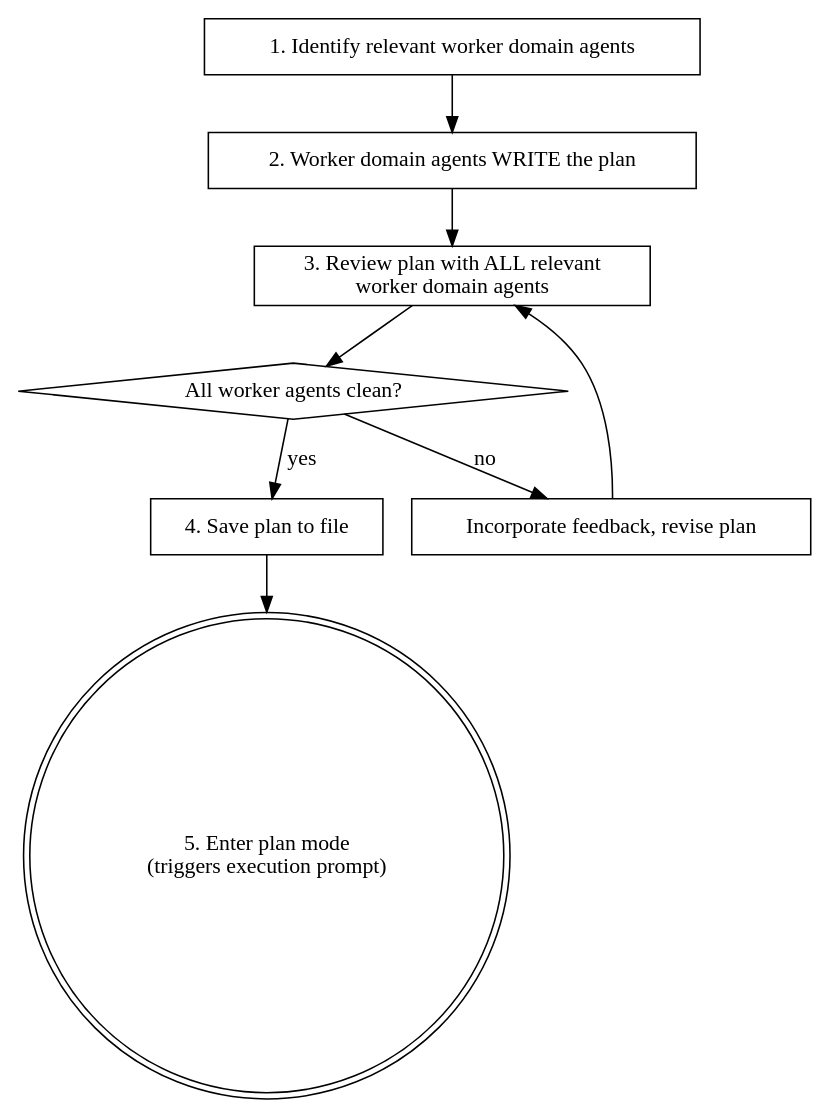
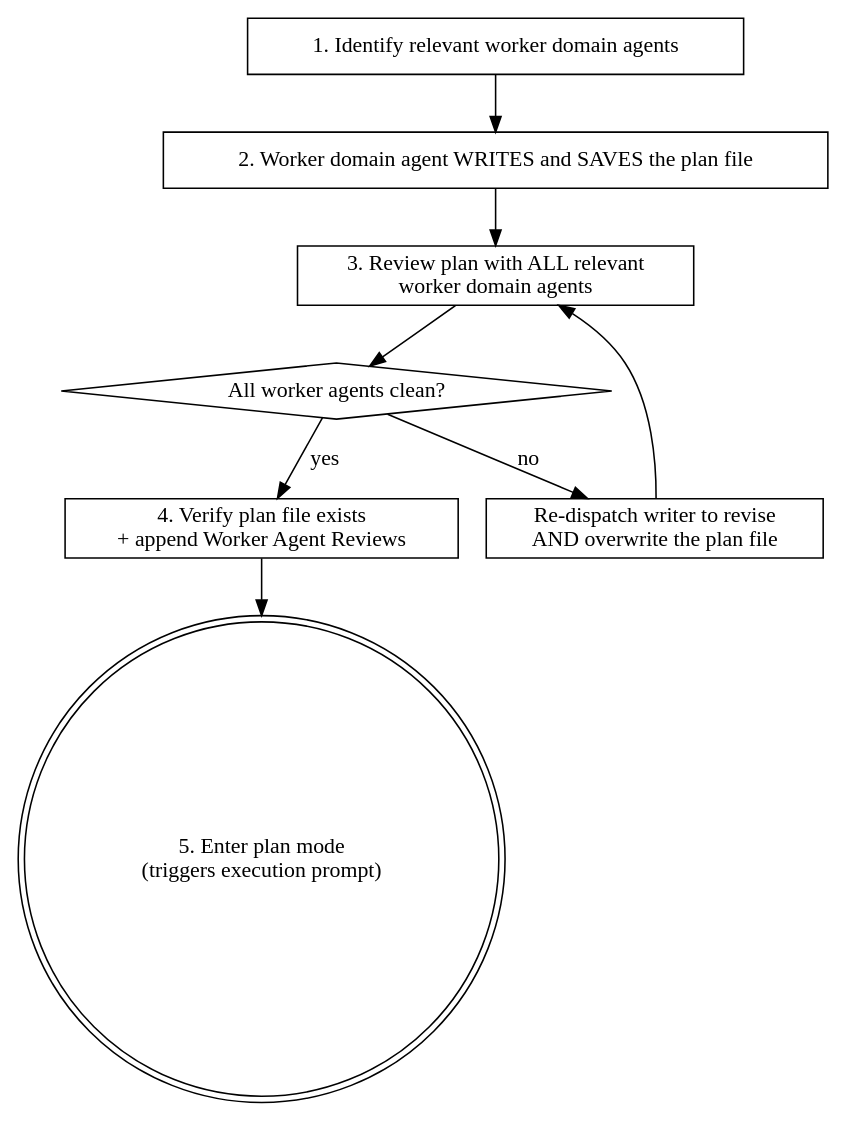
The diagram in skills/sdlc-lite-plan/SKILL.md (Inpacchi/cc-sdlc), drawn with Graphviz before and after one commit. The commit also changed other lines of this file and 2 other files, not shown here.

First line of the commit message:
fix(skills): writing worker agents save plan files directly [manager-rule]

````diff
--- a/skills/sdlc-lite-plan/SKILL.md
+++ b/skills/sdlc-lite-plan/SKILL.md
@@ -43,21 +43,21 @@
 ```dot
 digraph sdlc_lite_planning {
     rankdir=TB;
 
     "1. Identify relevant worker domain agents" [shape=box];
-    "2. Worker domain agents WRITE the plan" [shape=box];
+    "2. Worker domain agent WRITES and SAVES the plan file" [shape=box];
     "3. Review plan with ALL relevant\nworker domain agents" [shape=box];
-    "Incorporate feedback, revise plan" [shape=box];
+    "Re-dispatch writer to revise\nAND overwrite the plan file" [shape=box];
     "All worker agents clean?" [shape=diamond];
-    "4. Save plan to file" [shape=box];
+    "4. Verify plan file exists\n+ append Worker Agent Reviews" [shape=box];
     "5. Enter plan mode\n(triggers execution prompt)" [shape=doublecircle];
 
-    "1. Identify relevant worker domain agents" -> "2. Worker domain agents WRITE the plan";
-    "2. Worker domain agents WRITE the plan" -> "3. Review plan with ALL relevant\nworker domain agents";
+    "1. Identify relevant worker domain agents" -> "2. Worker domain agent WRITES and SAVES the plan file";
+    "2. Worker domain agent WRITES and SAVES the plan file" -> "3. Review plan with ALL relevant\nworker domain agents";
     "3. Review plan with ALL relevant\nworker domain agents" -> "All worker agents clean?";
-    "All worker agents clean?" -> "Incorporate feedback, revise plan" [label="no"];
-    "Incorporate feedback, revise plan" -> "3. Review plan with ALL relevant\nworker domain agents";
-    "All worker agents clean?" -> "4. Save plan to file" [label="yes"];
-    "4. Save plan to file" -> "5. Enter plan mode\n(triggers execution prompt)";
+    "All worker agents clean?" -> "Re-dispatch writer to revise\nAND overwrite the plan file" [label="no"];
+    "Re-dispatch writer to revise\nAND overwrite the plan file" -> "3. Review plan with ALL relevant\nworker domain agents";
+    "All worker agents clean?" -> "4. Verify plan file exists\n+ append Worker Agent Reviews" [label="yes"];
+    "4. Verify plan file exists\n+ append Worker Agent Reviews" -> "5. Enter plan mode\n(triggers execution prompt)";
 }
 ```
````
